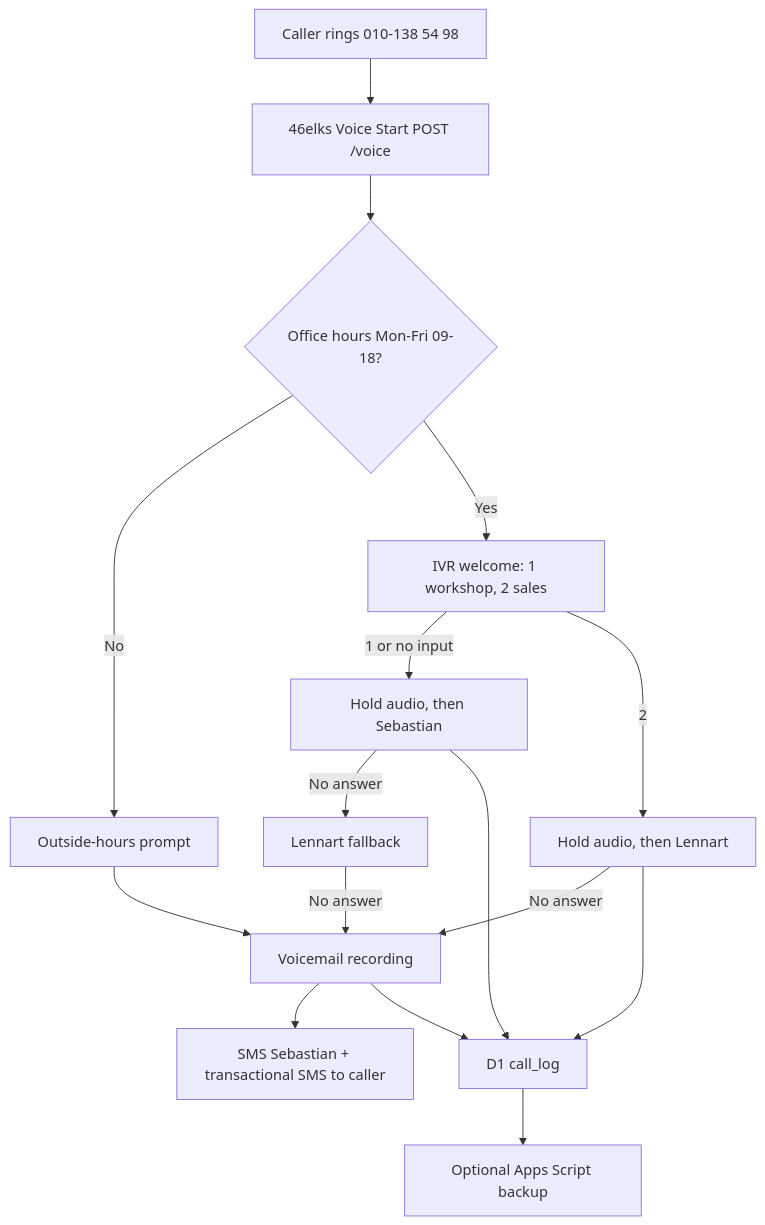
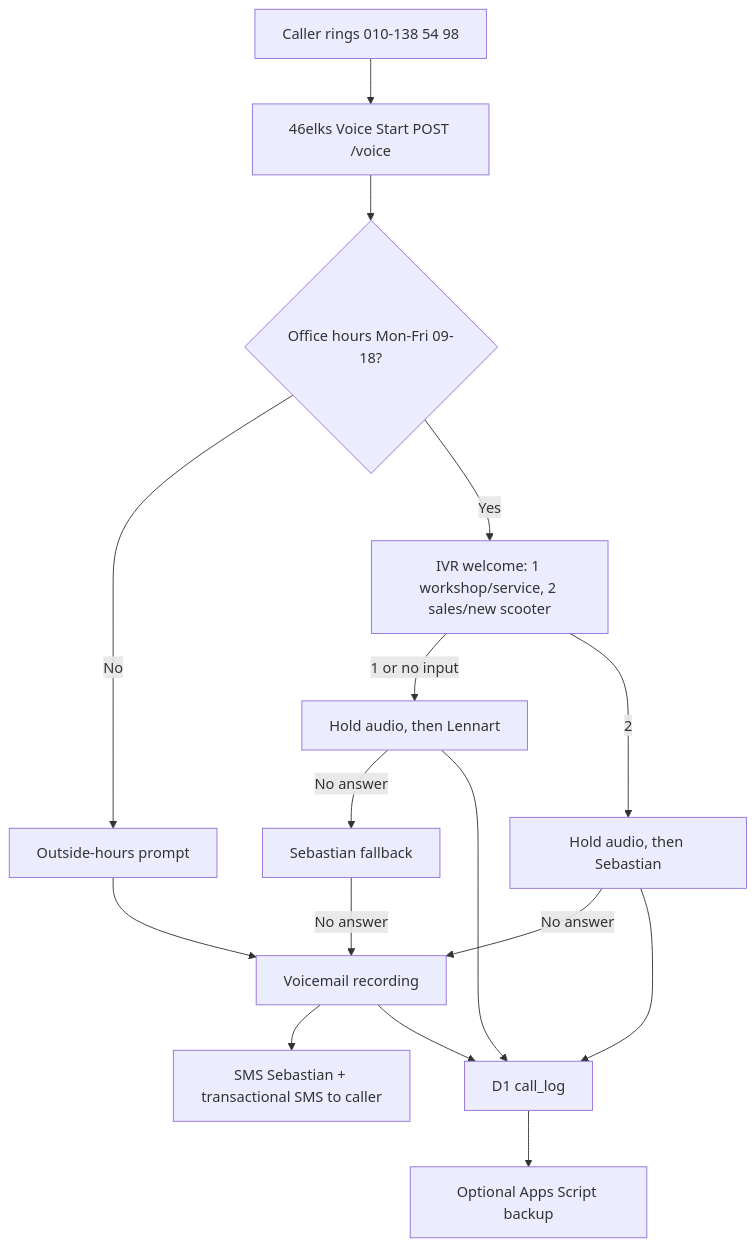
Before and after one commit to Litooo88/tubular-licorice-2179de: the diagram in nemob-callflow/README.md, drawn with Mermaid. The commit also changed other lines of this file and 8 other files, not shown here.

Commit message:
Route calls to Lennart first and improve workshop flow

````diff
--- a/nemob-callflow/README.md
+++ b/nemob-callflow/README.md
@@ -15,18 +15,18 @@
 ```mermaid
 flowchart TD
   A["Caller rings 010-138 54 98"] --> B["46elks Voice Start POST /voice"]
   B --> C{"Office hours Mon-Fri 09-18?"}
   C -- "No" --> V["Outside-hours prompt"]
   V --> R["Voicemail recording"]
-  C -- "Yes" --> I["IVR welcome: 1 workshop, 2 sales"]
-  I -- "1 or no input" --> S["Hold audio, then Sebastian"]
-  I -- "2" --> L["Hold audio, then Lennart"]
-  S -- "No answer" --> LF["Lennart fallback"]
-  L -- "No answer" --> R
-  LF -- "No answer" --> R
+  C -- "Yes" --> I["IVR welcome: 1 workshop/service, 2 sales/new scooter"]
+  I -- "1 or no input" --> L["Hold audio, then Lennart"]
+  I -- "2" --> S["Hold audio, then Sebastian"]
+  L -- "No answer" --> SF["Sebastian fallback"]
+  S -- "No answer" --> R
+  SF -- "No answer" --> R
   R --> N["SMS Sebastian + transactional SMS to caller"]
   S --> D1["D1 call_log"]
   L --> D1
   R --> D1
   D1 --> AS["Optional Apps Script backup"]
 ```
````
